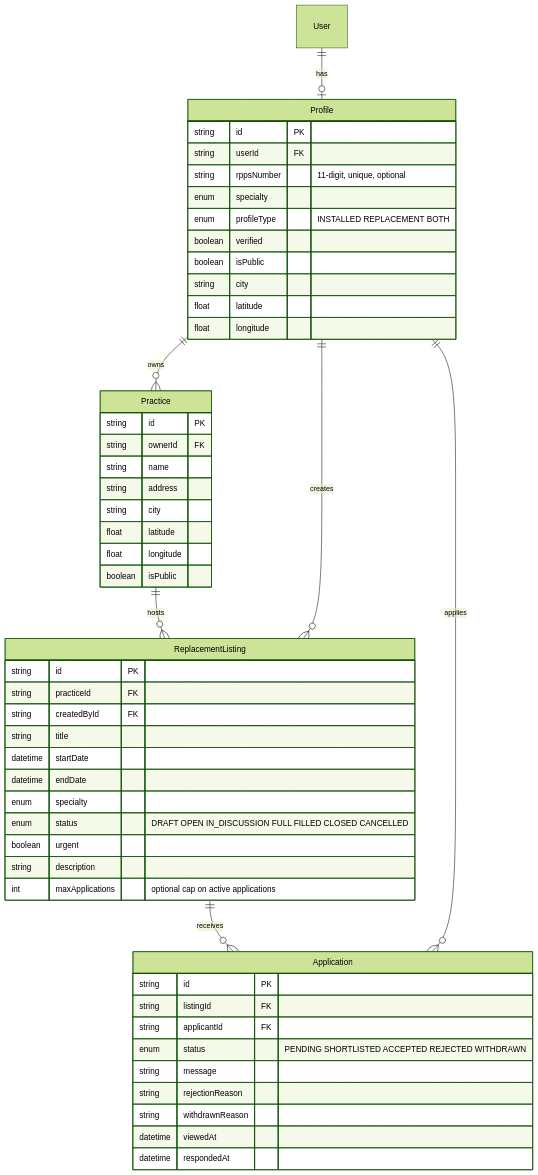
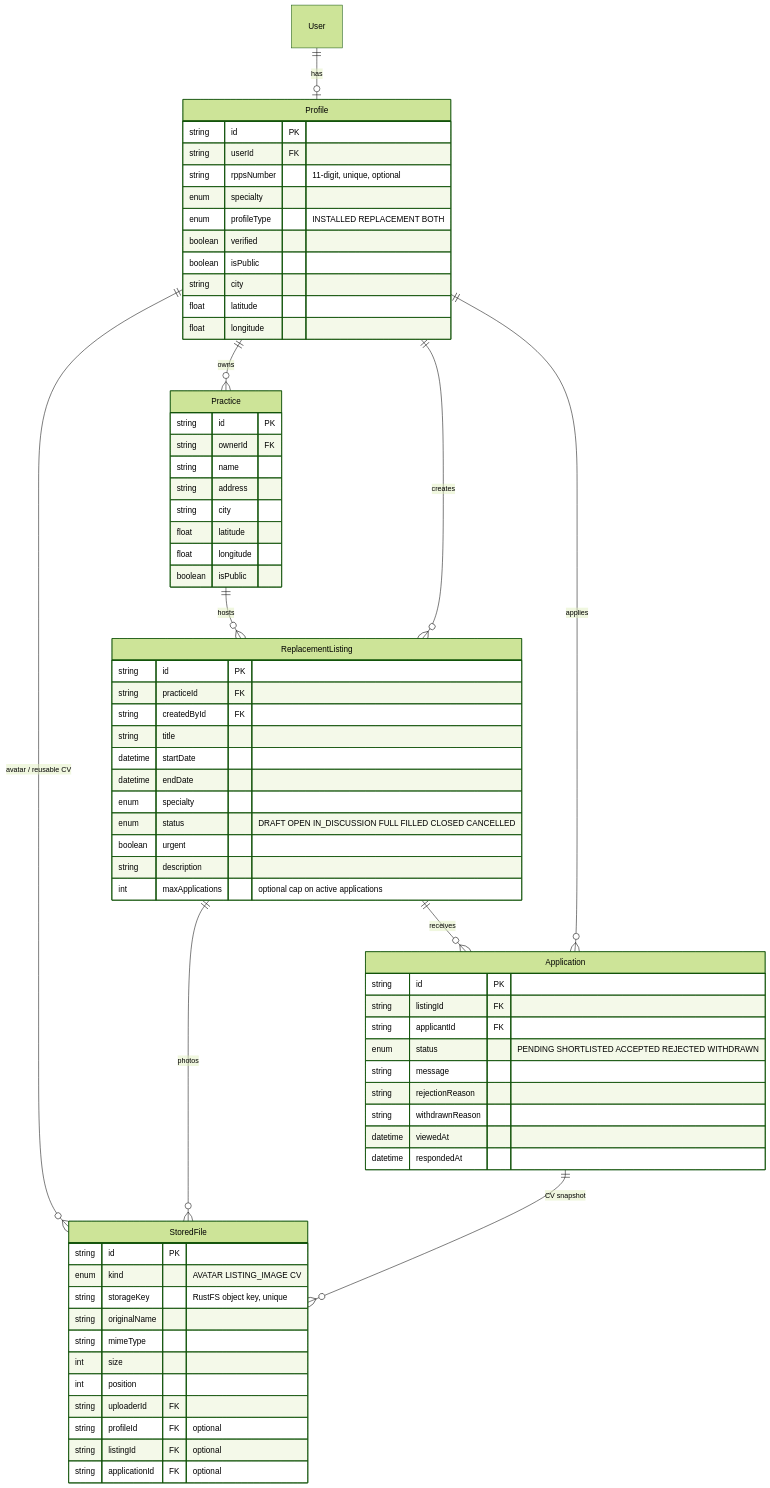
One commit to lellis-group/kineo-nest-backend changed the second of 6 diagrams in README.md. Above: the diagram before and after it, drawn with Mermaid (forest theme). The commit also changed other lines of this file, not shown here.

Commit message:
docs: document RustFS setup, uploads and bearer auth

````diff
--- a/README.md
+++ b/README.md
@@ -103,59 +104,76 @@
 ```mermaid
 erDiagram
     User ||--o| Profile : "has"
     Profile ||--o{ Practice : "owns"
     Practice ||--o{ ReplacementListing : "hosts"
     Profile ||--o{ ReplacementListing : "creates"
     ReplacementListing ||--o{ Application : "receives"
     Profile ||--o{ Application : "applies"
+    Profile ||--o{ StoredFile : "avatar / reusable CV"
+    ReplacementListing ||--o{ StoredFile : "photos"
+    Application ||--o{ StoredFile : "CV snapshot"
+
+    StoredFile {
+        string id PK
+        enum kind "AVATAR LISTING_IMAGE CV"
+        string storageKey "RustFS object key, unique"
+        string originalName
+        string mimeType
+        int size
+        int position
+        string uploaderId FK
+        string profileId FK "optional"
+        string listingId FK "optional"
+        string applicationId FK "optional"
+    }
 
     Profile {
         string id PK
         string userId FK
         string rppsNumber "11-digit, unique, optional"
         enum specialty
         enum profileType "INSTALLED REPLACEMENT BOTH"
         boolean verified
         boolean isPublic
         string city
         float latitude
         float longitude
     }
 
     Practice {
         string id PK
         string ownerId FK
         string name
         string address
         string city
         float latitude
         float longitude
         boolean isPublic
     }
 
     ReplacementListing {
         string id PK
         string practiceId FK
         string createdById FK
         string title
         datetime startDate
         datetime endDate
         enum specialty
         enum status "DRAFT OPEN IN_DISCUSSION FULL FILLED CLOSED CANCELLED"
         boolean urgent
         string description
         int maxApplications "optional cap on active applications"
     }
 
     Application {
         string id PK
         string listingId FK
         string applicantId FK
         enum status "PENDING SHORTLISTED ACCEPTED REJECTED WITHDRAWN"
         string message
         string rejectionReason
         string withdrawnReason
         datetime viewedAt
         datetime respondedAt
     }
 ```
````
